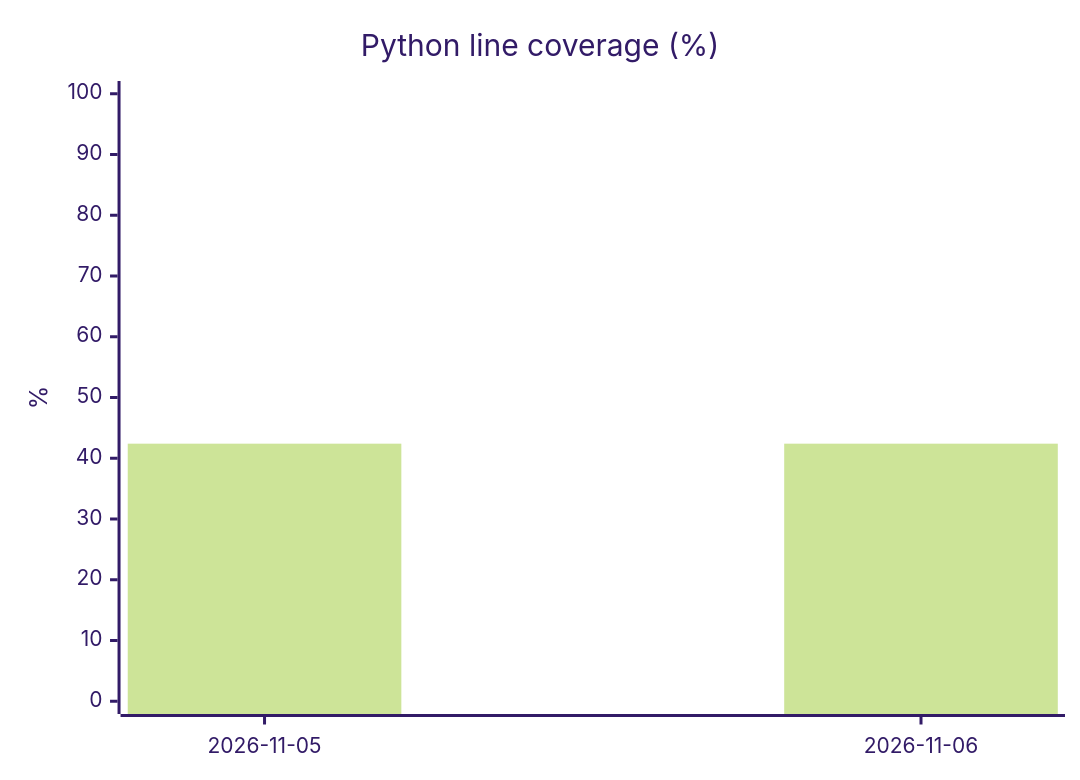
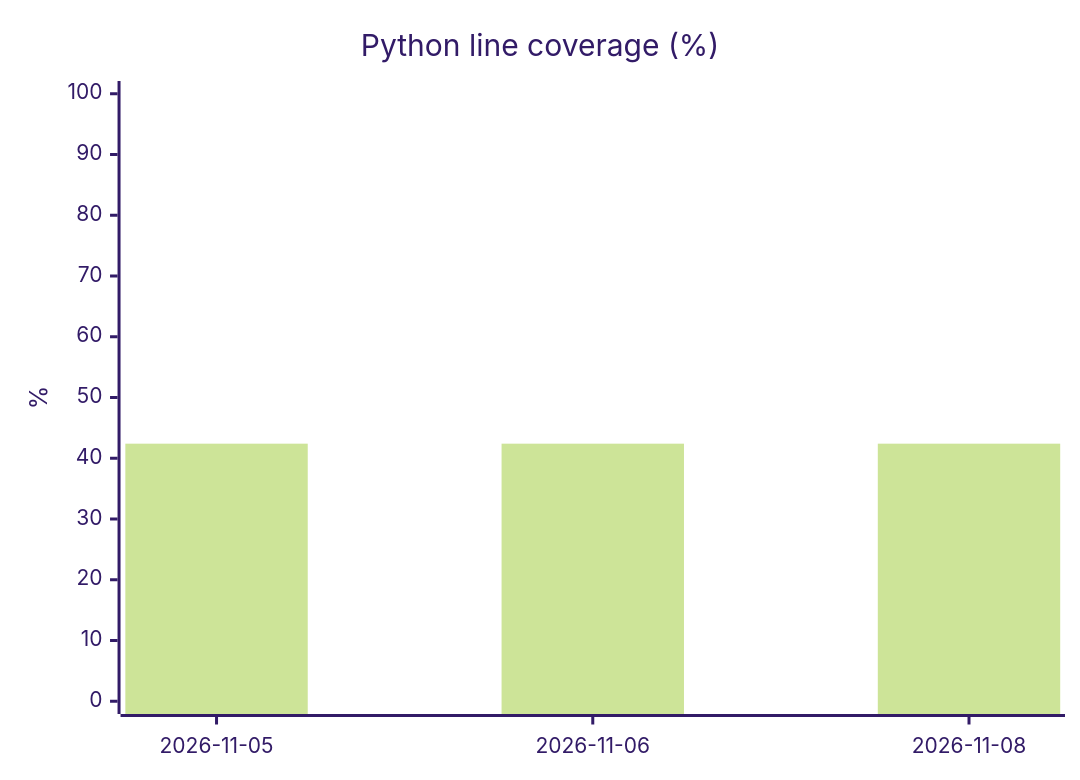
One commit to SCIInstitute/ShapeWorks changed the third of 3 diagrams in README.md. Above: the diagram before and after it, drawn with Mermaid (forest theme). The commit also changed other lines of this file and 1 other file, not shown here.

````diff
--- a/README.md
+++ b/README.md
@@ -31,7 +31,7 @@
 ```mermaid
 xychart-beta
     title "Python line coverage (%)"
-    x-axis ["2026-11-05", "2026-11-06"]
+    x-axis ["2026-11-05", "2026-11-06", "2026-11-08"]
     y-axis "%" 0 --> 100
-    bar [42.4, 42.4]
+    bar [42.4, 42.4, 42.4]
 ```
````
